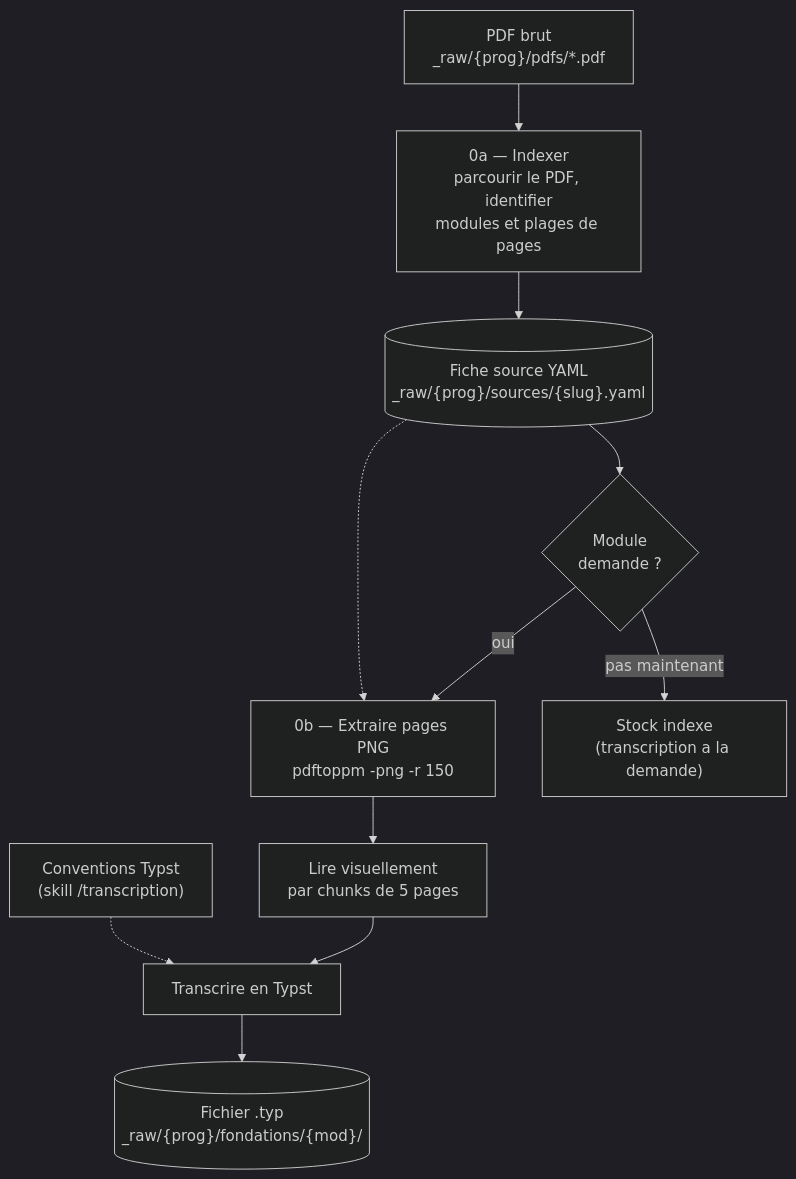
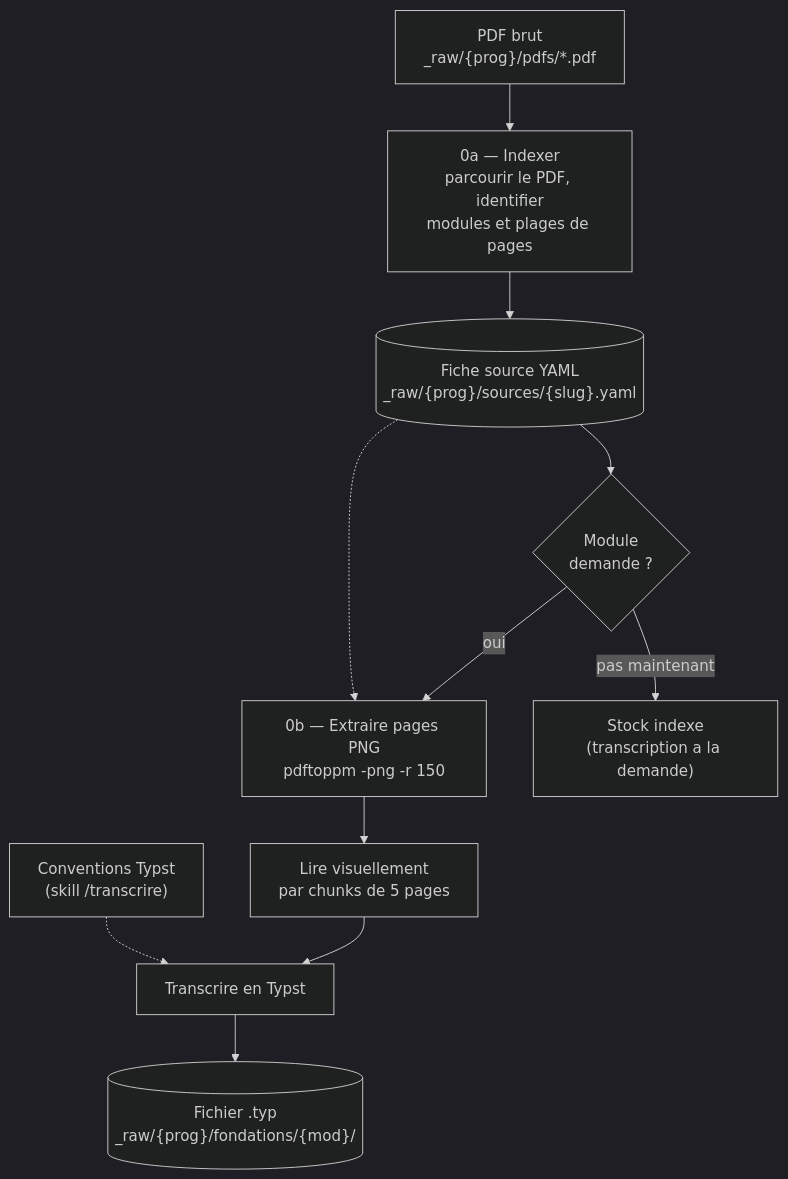
The second of 8 diagrams in docs/content-agentic-workflow.md (bilalYezzaGit/learning-web), drawn with Mermaid (dark theme) before and after one commit. The commit also changed other lines of this file and 8 other files, not shown here.

First line of the commit message:
Separer /transcription en /index + /transcrire (deux skills distincts)

````diff
--- a/docs/content-agentic-workflow.md
+++ b/docs/content-agentic-workflow.md
@@ -117,13 +118,13 @@
 ```mermaid
 flowchart TD
     PDF["PDF brut\n_raw/{prog}/pdfs/*.pdf"] --> Index["0a — Indexer\nparcourir le PDF, identifier\nmodules et plages de pages"]
     Index --> Fiche[("Fiche source YAML\n_raw/{prog}/sources/{slug}.yaml")]
     Fiche --> Demande{"Module\ndemande ?"}
     Demande -->|"oui"| Extract["0b — Extraire pages PNG\npdftoppm -png -r 150"]
     Fiche -.-> Extract
     Extract --> Read["Lire visuellement\npar chunks de 5 pages"]
     Read --> Transcribe["Transcrire en Typst"]
-    CONV["Conventions Typst\n(skill /transcription)"] -.-> Transcribe
+    CONV["Conventions Typst\n(skill /transcrire)"] -.-> Transcribe
     Transcribe --> TYPST[("Fichier .typ\n_raw/{prog}/fondations/{mod}/")]
     Demande -->|"pas maintenant"| Stock["Stock indexe\n(transcription a la demande)"]
 ```
````
